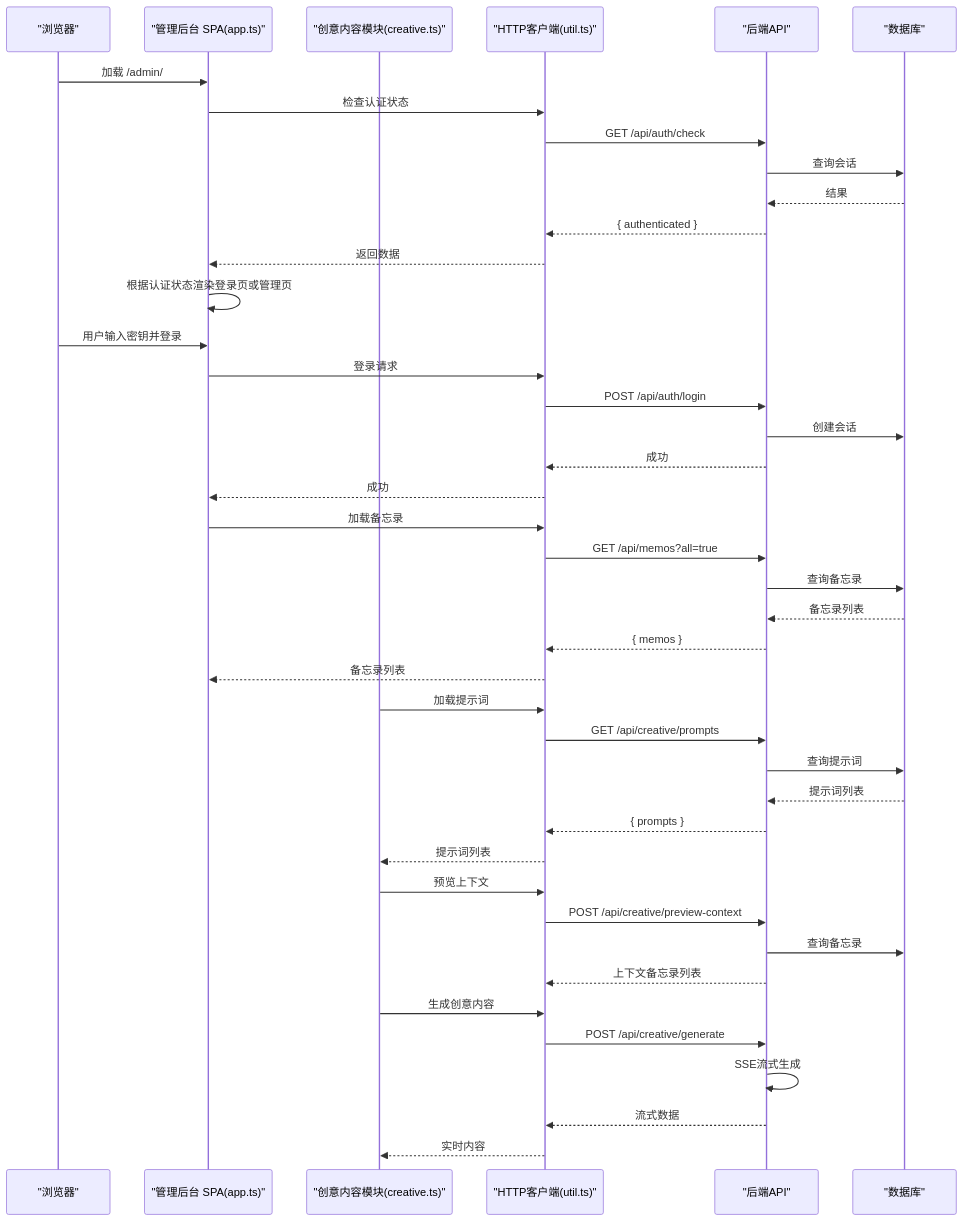
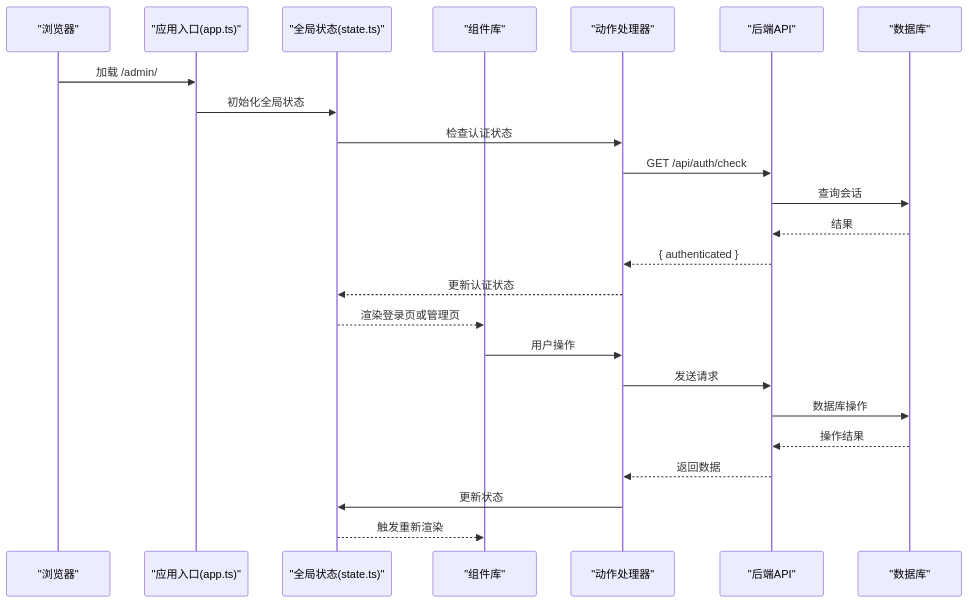
One commit to BlackBoxRecorder/memos changed the second of 6 diagrams in .qoder/repowiki/zh/content/核心功能/管理后台系统.md. Above: the diagram before and after it, drawn with Mermaid. The commit also changed other lines of this file and 10 other files, not shown here.

````diff
--- a/.qoder/repowiki/zh/content/核心功能/管理后台系统.md
+++ b/.qoder/repowiki/zh/content/核心功能/管理后台系统.md
@@ -130,44 +149,26 @@
 ```mermaid
 sequenceDiagram
 participant Browser as "浏览器"
-participant Admin as "管理后台 SPA(app.ts)"
-participant Creative as "创意内容模块(creative.ts)"
-participant Util as "HTTP客户端(util.ts)"
+participant App as "应用入口(app.ts)"
+participant State as "全局状态(state.ts)"
+participant Components as "组件库"
+participant Actions as "动作处理器"
 participant API as "后端API"
 participant DB as "数据库"
-Browser->>Admin : 加载 /admin/
-Admin->>Util : 检查认证状态
-Util->>API : GET /api/auth/check
+Browser->>App : 加载 /admin/
+App->>State : 初始化全局状态
+State->>Actions : 检查认证状态
+Actions->>API : GET /api/auth/check
 API->>DB : 查询会话
 DB-->>API : 结果
-API-->>Util : { authenticated }
-Util-->>Admin : 返回数据
-Admin->>Admin : 根据认证状态渲染登录页或管理页
-Browser->>Admin : 用户输入密钥并登录
-Admin->>Util : 登录请求
-Util->>API : POST /api/auth/login
-API->>DB : 创建会话
-API-->>Util : 成功
-Util-->>Admin : 成功
-Admin->>Util : 加载备忘录
-Util->>API : GET /api/memos?all=true
-API->>DB : 查询备忘录
-DB-->>API : 备忘录列表
-API-->>Util : { memos }
-Util-->>Admin : 备忘录列表
-Creative->>Util : 加载提示词
-Util->>API : GET /api/creative/prompts
-API->>DB : 查询提示词
-DB-->>API : 提示词列表
-API-->>Util : { prompts }
-Util-->>Creative : 提示词列表
-Creative->>Util : 预览上下文
-Util->>API : POST /api/creative/preview-context
-API->>DB : 查询备忘录
-API-->>Util : 上下文备忘录列表
-Creative->>Util : 生成创意内容
-Util->>API : POST /api/creative/generate
-API->>API : SSE流式生成
-API-->>Util : 流式数据
-Util-->>Creative : 实时内容
+API-->>Actions : { authenticated }
+Actions-->>State : 更新认证状态
+State-->>Components : 渲染登录页或管理页
+Components->>Actions : 用户操作
+Actions->>API : 发送请求
+API->>DB : 数据库操作
+DB-->>API : 操作结果
+API-->>Actions : 返回数据
+Actions->>State : 更新状态
+State-->>Components : 触发重新渲染
 ```
````
